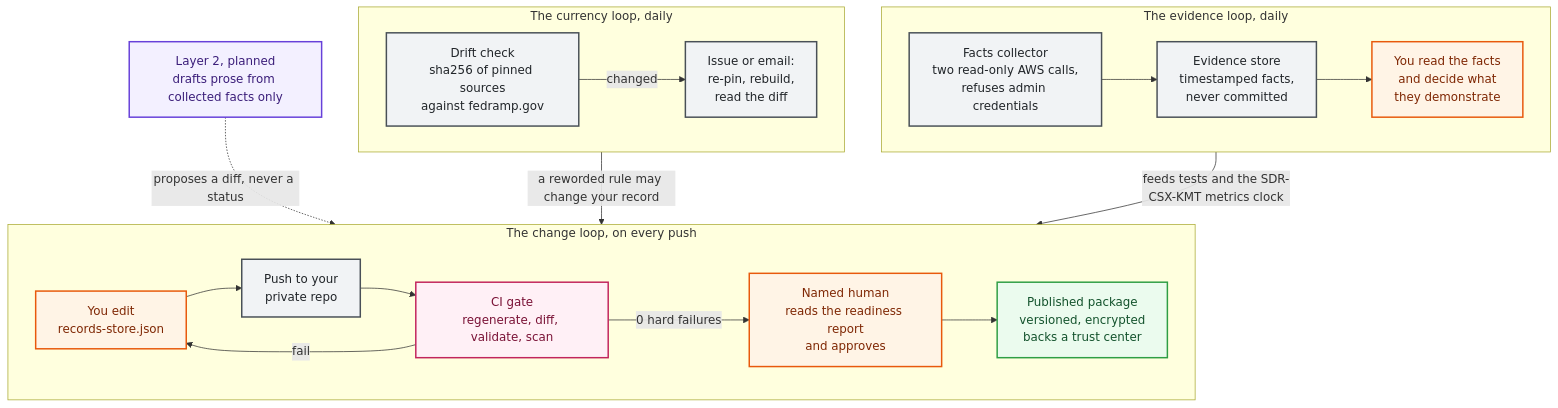
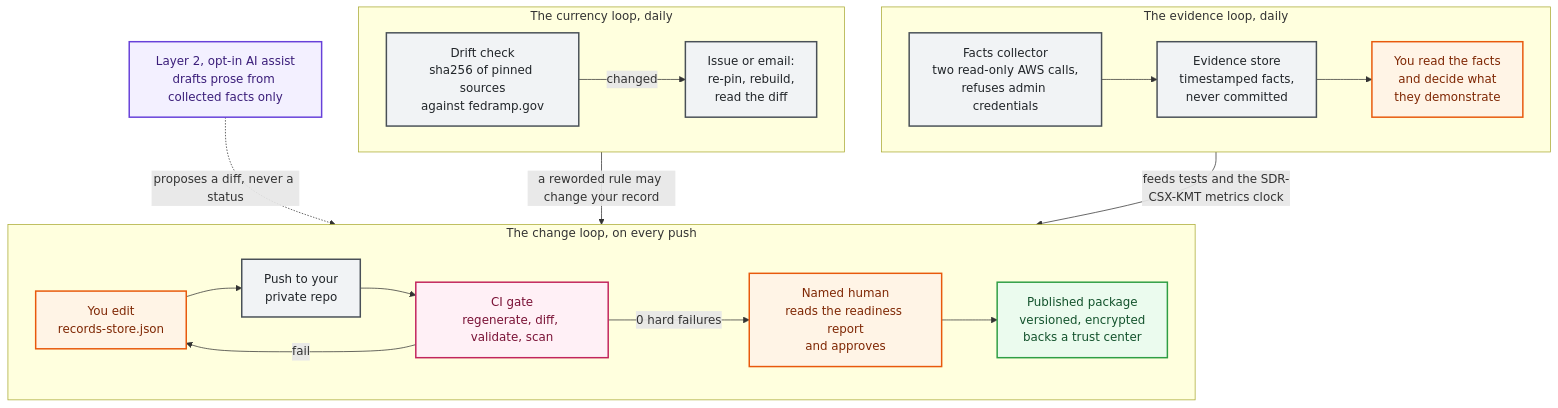
The third of 3 diagrams in docs/architecture.md (satishuv/FEDRAMP-20x-SDR-Documentation), drawn with Mermaid before and after one commit. The commit also changed 6 other files, not shown here.

````diff
--- a/docs/architecture.md
+++ b/docs/architecture.md
@@ -118,37 +118,37 @@
 ```mermaid
 flowchart TB
     subgraph change["The change loop, on every push"]
         direction LR
         DEVX["You edit<br/>records-store.json"] --> GIT["Push to your<br/>private repo"]
         GIT --> CI["CI gate<br/>regenerate, diff, validate, scan"]
         CI -->|0 hard failures| HUM["Named human<br/>reads the readiness report<br/>and approves"]
         CI -->|fail| DEVX
         HUM --> PUB["Published package<br/>versioned, encrypted<br/>backs a trust center"]
     end
 
     subgraph evidence["The evidence loop, daily"]
         direction LR
         COLL["Facts collector<br/>two read-only AWS calls,<br/>refuses admin credentials"] --> EV["Evidence store<br/>timestamped facts,<br/>never committed"]
         EV --> READ["You read the facts<br/>and decide what<br/>they demonstrate"]
     end
 
     subgraph currency["The currency loop, daily"]
         direction LR
         DRIFT["Drift check<br/>sha256 of pinned sources<br/>against fedramp.gov"] -->|changed| ALERT["Issue or email:<br/>re-pin, rebuild,<br/>read the diff"]
     end
 
     READ -->|feeds tests and the SDR-CSX-KMT metrics clock| DEVX
     ALERT -->|a reworded rule may change your record| DEVX
-    LLM["Layer 2, planned<br/>drafts prose from collected facts only"] -.->|proposes a diff, never a status| DEVX
+    LLM["Layer 2, opt-in AI assist<br/>drafts prose from collected facts only"] -.->|proposes a diff, never a status| DEVX
 
     classDef you fill:#fff4e6,stroke:#e8590c,stroke-width:2px,color:#7f2704
     classDef step fill:#f1f3f5,stroke:#495057,stroke-width:2px,color:#212529
     classDef gate fill:#fff0f6,stroke:#c2255c,stroke-width:2px,color:#7a1236
     classDef out fill:#ebfbee,stroke:#2f9e44,stroke-width:2px,color:#14532d
     classDef plan fill:#f3f0ff,stroke:#6741d9,stroke-width:2px,color:#3b1e7a
     class DEVX,READ,HUM you
     class GIT,COLL,EV,DRIFT,ALERT step
     class CI gate
     class PUB out
     class LLM plan
 ```
````
